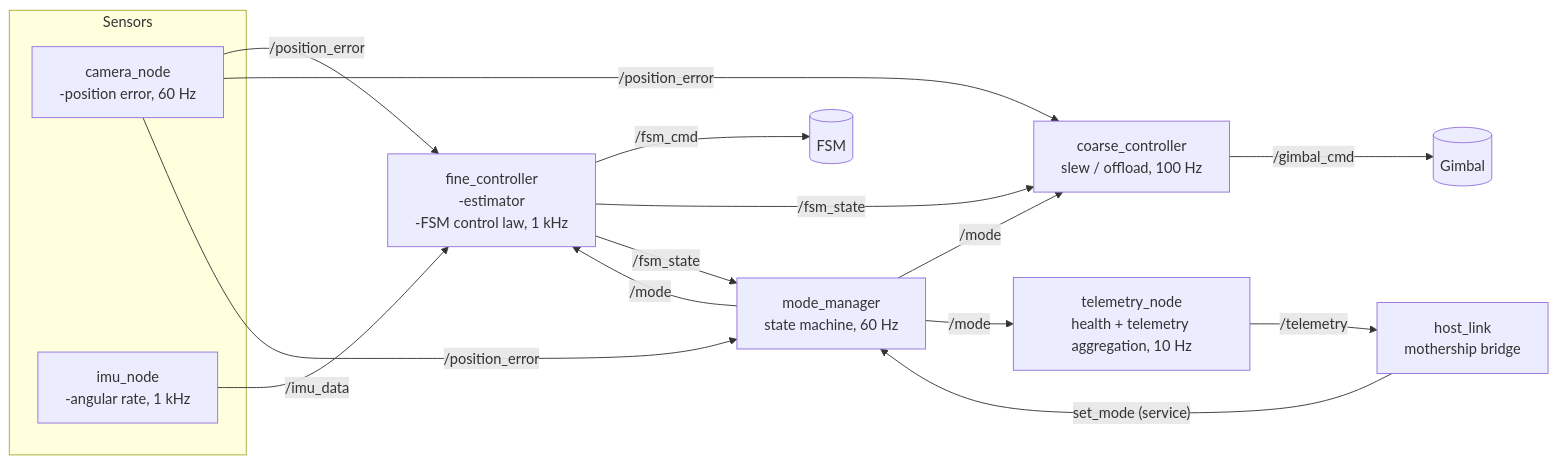
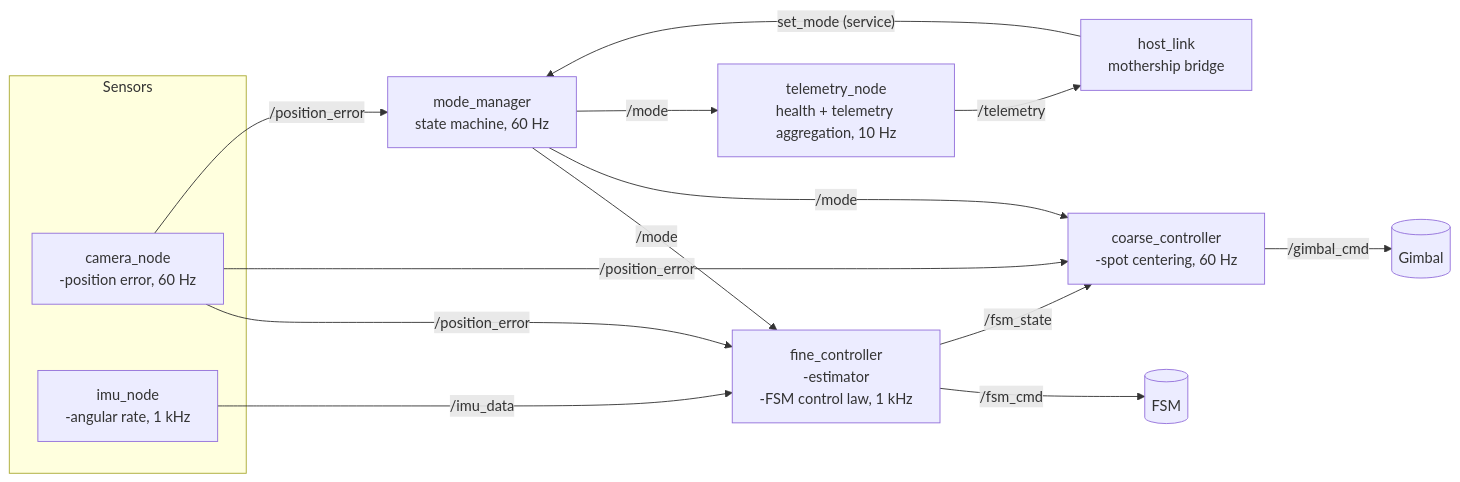
The first of 2 diagrams in README.md (hermanthong/pat_terminal), drawn with Mermaid before and after one commit. The commit also changed other lines of this file and 5 other files, not shown here.

````diff
--- a/README.md
+++ b/README.md
@@ -34,28 +34,27 @@
 ```mermaid
 flowchart LR
     subgraph Sensors [Sensors]
         CAM[camera_node<br/>-position error, 60 Hz]
         IMU[imu_node<br/>-angular rate, 1 kHz]
     end
 
     FINE[fine_controller<br/>-estimator<br/>-FSM control law, 1 kHz]
 
-    COARSE[coarse_controller<br/>slew / offload, 100 Hz]
+    COARSE[coarse_controller<br/>-spot centering, 60 Hz]
     MODE[mode_manager<br/>state machine, 60 Hz]
     TEL[telemetry_node<br/>health + telemetry aggregation, 10 Hz]
     HOST[host_link<br/>mothership bridge]
 
     CAM -- "/position_error" --> FINE
     CAM -- "/position_error" --> COARSE
     IMU -- "/imu_data" --> FINE
     FINE -- "/fsm_cmd" --> ACT1[(FSM)]
     FINE -- "/fsm_state" --> COARSE
     COARSE -- "/gimbal_cmd" --> ACT2[(Gimbal)]
     CAM -- "/position_error" --> MODE
-    FINE -- "/fsm_state" --> MODE
     MODE -- "/mode" --> FINE
     MODE -- "/mode" --> COARSE
     HOST -- "set_mode (service)" --> MODE
     MODE -- "/mode" --> TEL
     TEL -- "/telemetry" --> HOST
 ```
````
